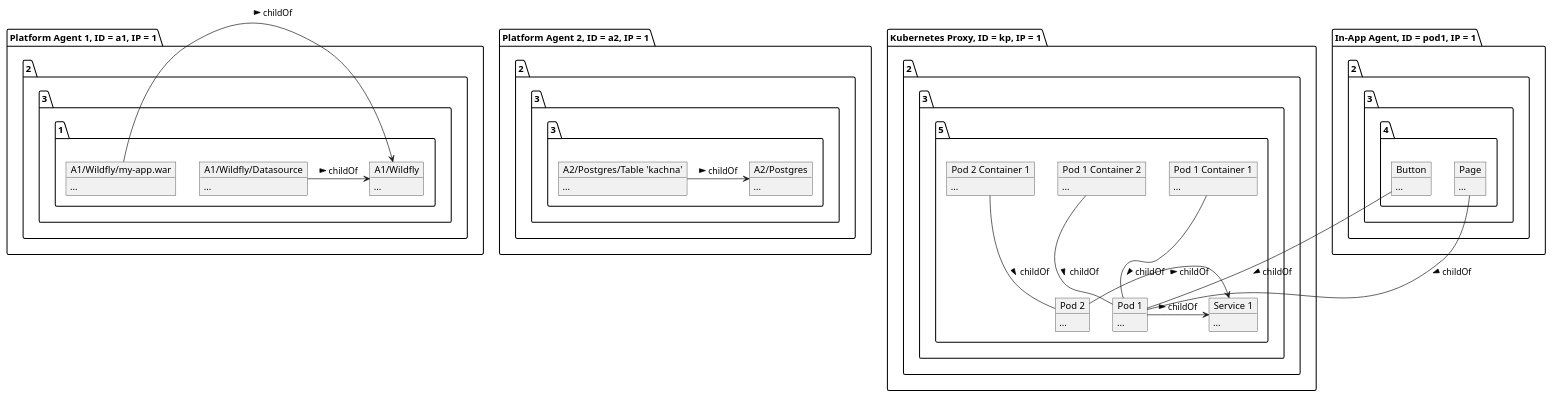
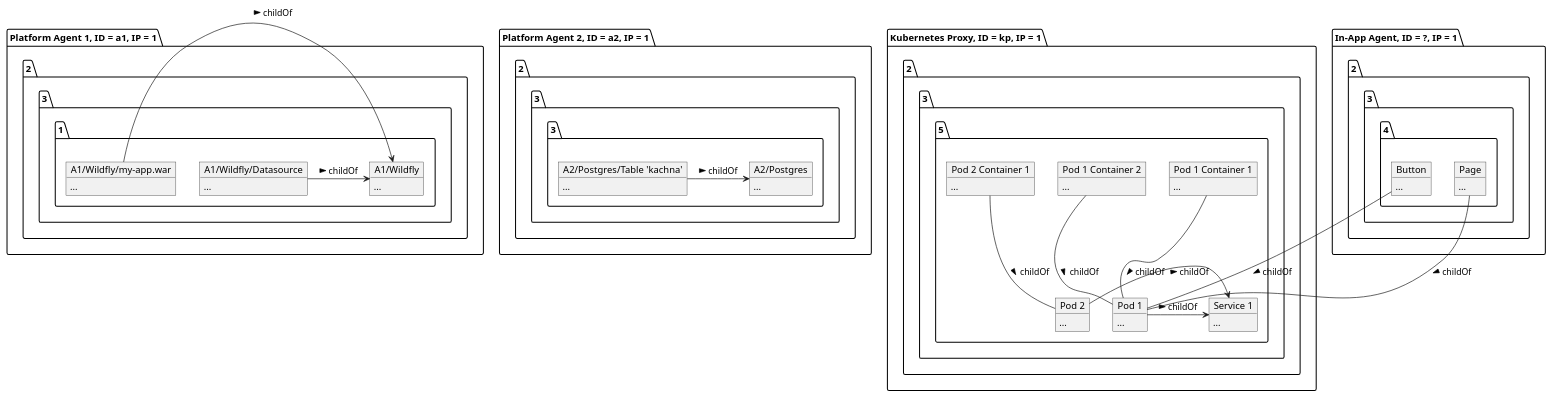
Before and after one commit to metlos/rhq.next-thoughts: diagram 11 of 11 in doc/architecture.adoc, drawn with PlantUML. The commit also changed other lines of this file, not shown here.

```diff
--- a/doc/architecture.adoc
+++ b/doc/architecture.adoc
@@ -471,79 +471,79 @@
 [plantuml, discovery-queue-4]
 ....
 
 package "Platform Agent 1, ID = a1, IP = 1.2.3.1" {
     object "A1/Wildfly" as pa1Wfly {
         ...
     }
 
     object "A1/Wildfly/Datasource" as pa1DS {
         ...
     }
 
     object "A1/Wildfly/my-app.war" as pa1War {
         ...
     }
 
     pa1DS -> pa1Wfly : childOf >
     pa1War -> pa1Wfly  : childOf >
 }
 
 package "Platform Agent 2, ID = a2, IP = 1.2.3.3" {
     object "A2/Postgres" as pa2Postgres {
         ...
     }
 
     object "A2/Postgres/Table 'kachna'" as pa2Kachna {
         ...
     }
 
     pa2Kachna -> pa2Postgres : childOf >
 }
 
-package "In-App Agent, ID = pod1, IP = 1.2.3.4" {
+package "In-App Agent, ID = ?, IP = 1.2.3.4" {
     object "Button" as iaBtn {
         ...
     }
 
     object "Page" as iaPage {
         ...
     }
 }
 
 package "Kubernetes Proxy, ID = kp, IP = 1.2.3.5" {
     object "Service 1" as srvc1 {
         ...
     }
 
     object "Pod 1" as pod1 {
         ...
     }
 
     object "Pod 2" as pod2 {
         ...
     }
 
     object "Pod 1 Container 1" as pod1Cont1 {
         ...
     }
 
     object "Pod 1 Container 2" as pod1Cont2 {
         ...
     }
 
     object "Pod 2 Container 1" as pod2Cont1 {
         ...
     }
 
     pod1 -> srvc1 : childOf >
     pod2 -> srvc1 : childOf >
 
     pod1Cont1 -- pod1 : childOf >
     pod1Cont2 -- pod1 : childOf >
     pod2Cont1 -- pod2 : childOf >
 }
 
 iaBtn -- pod1 : childOf >
 iaPage -- pod1 : childOf >
 
 ....
```
